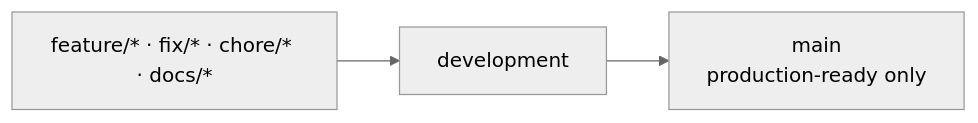
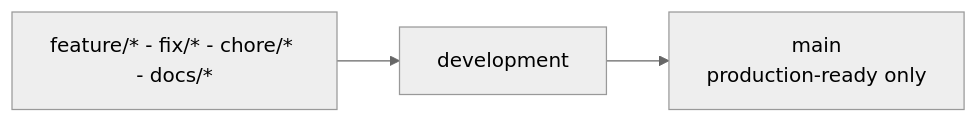
Before and after one commit to toxicoder/ez-comfy-stack: the sixth of 6 diagrams in docs/project-conventions.md, drawn with Mermaid (neutral theme). The commit also changed other lines of this file and 1894 other files, not shown here.

````diff
--- a/docs/project-conventions.md
+++ b/docs/project-conventions.md
@@ -318,5 +318,5 @@
 ```mermaid
 flowchart LR
-  Feat["feature/* · fix/* · chore/* · docs/*"] --> Dev["development"]
+  Feat["feature/* - fix/* - chore/* - docs/*"] --> Dev["development"]
   Dev --> Main["main<br/>production-ready only"]
 ```
````
